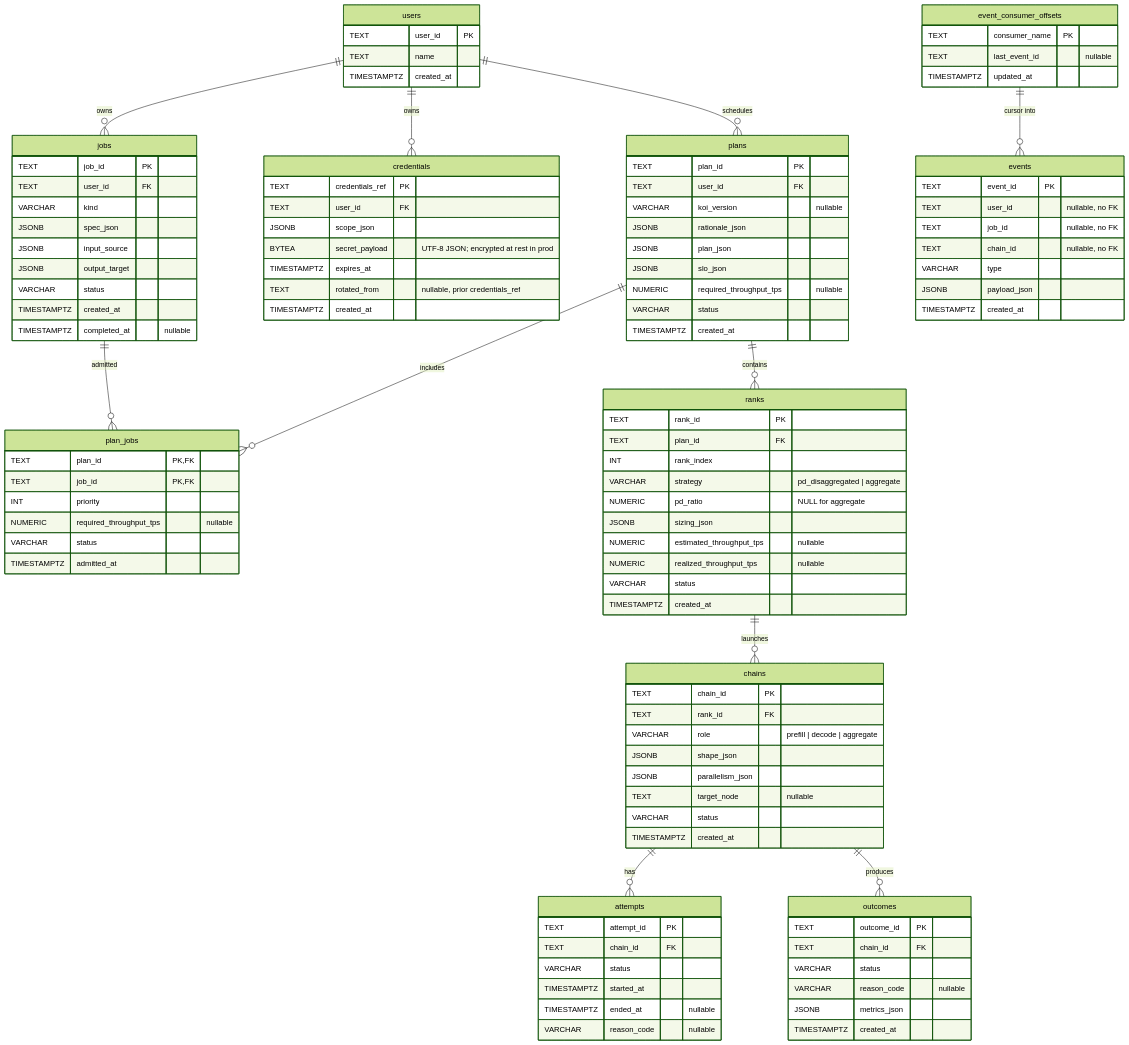
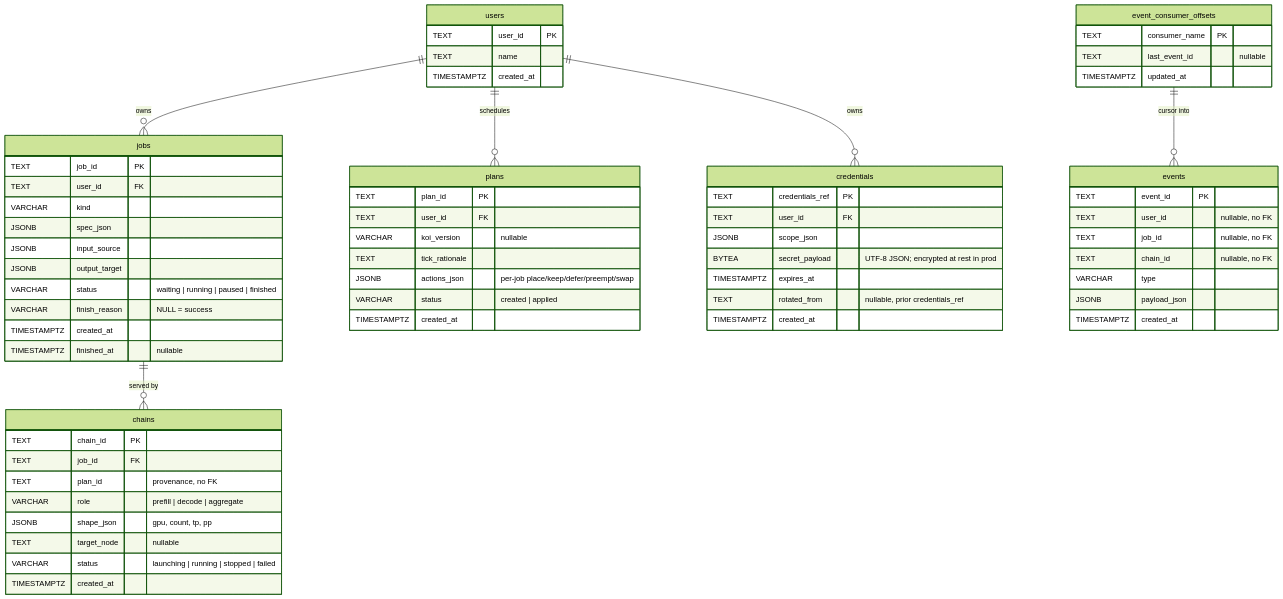
One commit to Tandemn-Labs/tandemn-store changed the diagram in DATABASE.md. Above: the diagram before and after it, drawn with Mermaid (forest theme). The commit also changed other lines of this file and 31 other files, not shown here.

First line of the commit message:
schema: minimal MVP spine — 4 job statuses, action plans, no traversal

````diff
--- a/DATABASE.md
+++ b/DATABASE.md
@@ -16,18 +16,10 @@
 ```mermaid
 erDiagram
     users ||--o{ jobs            : "owns"
+    users ||--o{ plans           : "schedules"
     users ||--o{ credentials     : "owns"
-    users ||--o{ plans           : "schedules"
 
-    plans ||--o{ plan_jobs       : "includes"
-    jobs ||--o{ plan_jobs        : "admitted"
-
-    plans ||--o{ ranks  : "contains"
-
-    ranks ||--o{ chains : "launches"
-
-    chains ||--o{ attempts  : "has"
-    chains ||--o{ outcomes  : "produces"
+    jobs ||--o{ chains           : "served by"
     event_consumer_offsets ||--o{ events : "cursor into"
 
     users {
@@ -43,71 +35,30 @@
       JSONB spec_json
       JSONB input_source
       JSONB output_target
-      VARCHAR status
+      VARCHAR status "waiting | running | paused | finished"
+      VARCHAR finish_reason "NULL = success"
       TIMESTAMPTZ created_at
-      TIMESTAMPTZ completed_at "nullable"
+      TIMESTAMPTZ finished_at "nullable"
     }
 
     plans {
       TEXT plan_id PK
       TEXT user_id FK
       VARCHAR koi_version "nullable"
-      JSONB rationale_json
-      JSONB plan_json
-      JSONB slo_json
-      NUMERIC required_throughput_tps "nullable"
-      VARCHAR status
-      TIMESTAMPTZ created_at
-    }
-
-    plan_jobs {
-      TEXT plan_id PK, FK
-      TEXT job_id PK, FK
-      INT priority
-      NUMERIC required_throughput_tps "nullable"
-      VARCHAR status
-      TIMESTAMPTZ admitted_at
-    }
-
-    ranks {
-      TEXT rank_id PK
-      TEXT plan_id FK
-      INT rank_index
-      VARCHAR strategy "pd_disaggregated | aggregate"
-      NUMERIC pd_ratio "NULL for aggregate"
-      JSONB sizing_json
-      NUMERIC estimated_throughput_tps "nullable"
-      NUMERIC realized_throughput_tps "nullable"
-      VARCHAR status
+      TEXT tick_rationale
+      JSONB actions_json "per-job place/keep/defer/preempt/swap"
+      VARCHAR status "created | applied"
       TIMESTAMPTZ created_at
     }
 
     chains {
       TEXT chain_id PK
-      TEXT rank_id FK
+      TEXT job_id FK
+      TEXT plan_id "provenance, no FK"
       VARCHAR role "prefill | decode | aggregate"
-      JSONB shape_json
-      JSONB parallelism_json
+      JSONB shape_json "gpu, count, tp, pp"
       TEXT target_node "nullable"
-      VARCHAR status
-      TIMESTAMPTZ created_at
-    }
-
-    attempts {
-      TEXT attempt_id PK
-      TEXT chain_id FK
-      VARCHAR status
-      TIMESTAMPTZ started_at
-      TIMESTAMPTZ ended_at "nullable"
-      VARCHAR reason_code "nullable"
-    }
-
-    outcomes {
-      TEXT outcome_id PK
-      TEXT chain_id FK
-      VARCHAR status
-      VARCHAR reason_code "nullable"
-      JSONB metrics_json
+      VARCHAR status "launching | running | stopped | failed"
       TIMESTAMPTZ created_at
     }
 
````
